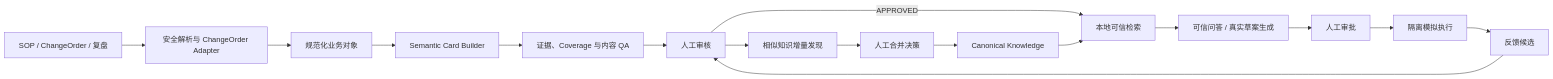
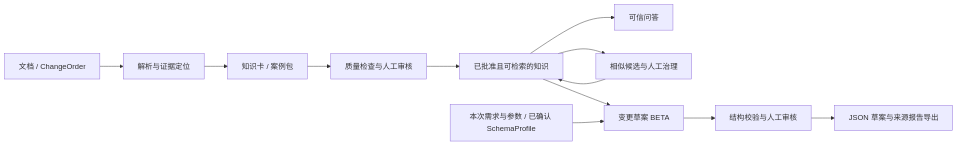
The diagram in README.md (Ptttt1t/ops-knowledge-studio-public), drawn with Mermaid before and after one commit. The commit also changed other lines of this file and 1 other file, not shown here.

Commit message:
docs: rewrite README for the 1.7 knowledge workbench

````diff
--- a/README.md
+++ b/README.md
@@ -91,18 +114,14 @@
 ```mermaid
 flowchart LR
-    S["SOP / ChangeOrder / 复盘"] --> A["安全解析与 ChangeOrder Adapter"]
-    A --> B["规范化业务对象"]
-    B --> C["Semantic Card Builder"]
-    C --> Q["证据、Coverage 与内容 QA"]
-    Q --> H["人工审核"]
-    H -->|APPROVED| R["本地可信检索"]
-    R --> G["可信问答 / 真实草案生成"]
-    H --> M["相似知识增量发现"]
-    M --> D["人工合并决策"]
-    D --> K["Canonical Knowledge"]
-    K --> R
-    G --> P["人工审批"]
-    P --> X["隔离模拟执行"]
-    X --> F["反馈候选"]
-    F --> H
+    A[文档 / ChangeOrder] --> B[解析与证据定位]
+    B --> C[知识卡 / 案例包]
+    C --> D[质量检查与人工审核]
+    D --> E[已批准且可检索的知识]
+    E --> F[可信问答]
+    E --> G[相似候选与人工治理]
+    G --> E
+    E --> H[变更草案 BETA]
+    I[本次需求与参数 / 已确认 SchemaProfile] --> H
+    H --> J[结构校验与人工审核]
+    J --> K[JSON 草案与来源报告导出]
 ```
````
